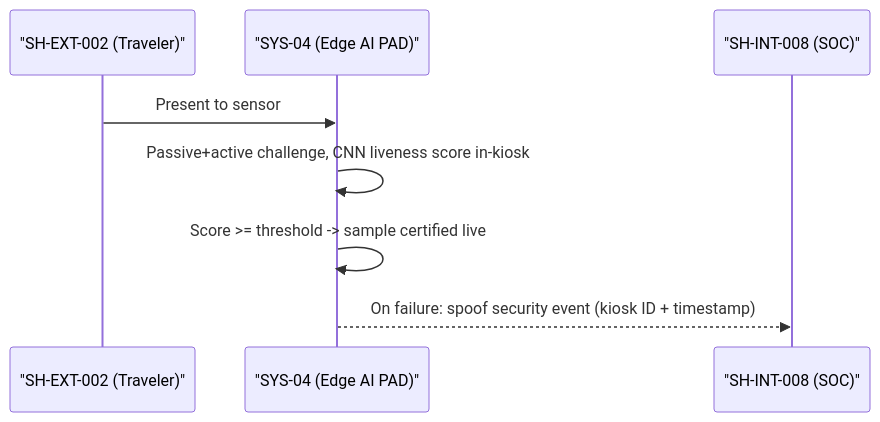
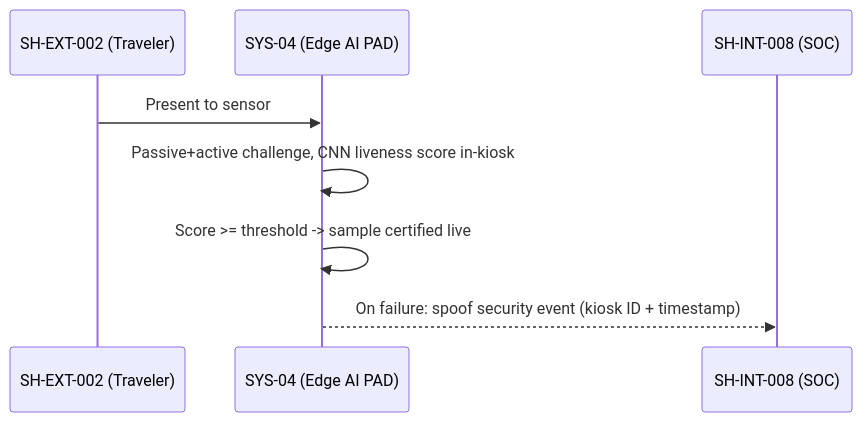
Before and after one commit to pauloribeiro16/Methodology_compact: the third of 21 diagrams in 02_CASES/Case_02_SecureBorder_Solutions/03_PHASE3_DECOMPOSITION/annexes/B_Sequence_Diagrams.md, drawn with Mermaid. The commit also changed other lines of this file and 5 other files, not shown here.

Commit message:
[EXECUTOR] uc-catalogues: embed UC diagram gallery + inline sequence diagrams — Case_01/02/03

````diff
--- a/02_CASES/Case_02_SecureBorder_Solutions/03_PHASE3_DECOMPOSITION/annexes/B_Sequence_Diagrams.md
+++ b/02_CASES/Case_02_SecureBorder_Solutions/03_PHASE3_DECOMPOSITION/annexes/B_Sequence_Diagrams.md
@@ -57,10 +54,10 @@
 ```mermaid
 sequenceDiagram
-    participant TRV as "SH-EXT-002 (Traveler)"
-    participant KIOSK as "SYS-04 (Edge AI PAD)"
-    participant SOC as "SH-INT-008 (SOC)"
+    participant TRV as SH-EXT-002 (Traveler)
+    participant KIOSK as SYS-04 (Edge AI PAD)
+    participant SOC as SH-INT-008 (SOC)
     TRV->>KIOSK: Present to sensor
     KIOSK->>KIOSK: Passive+active challenge, CNN liveness score in-kiosk
     KIOSK->>KIOSK: Score >= threshold -> sample certified live
     KIOSK-->>SOC: On failure: spoof security event (kiosk ID + timestamp)
 ```
````
